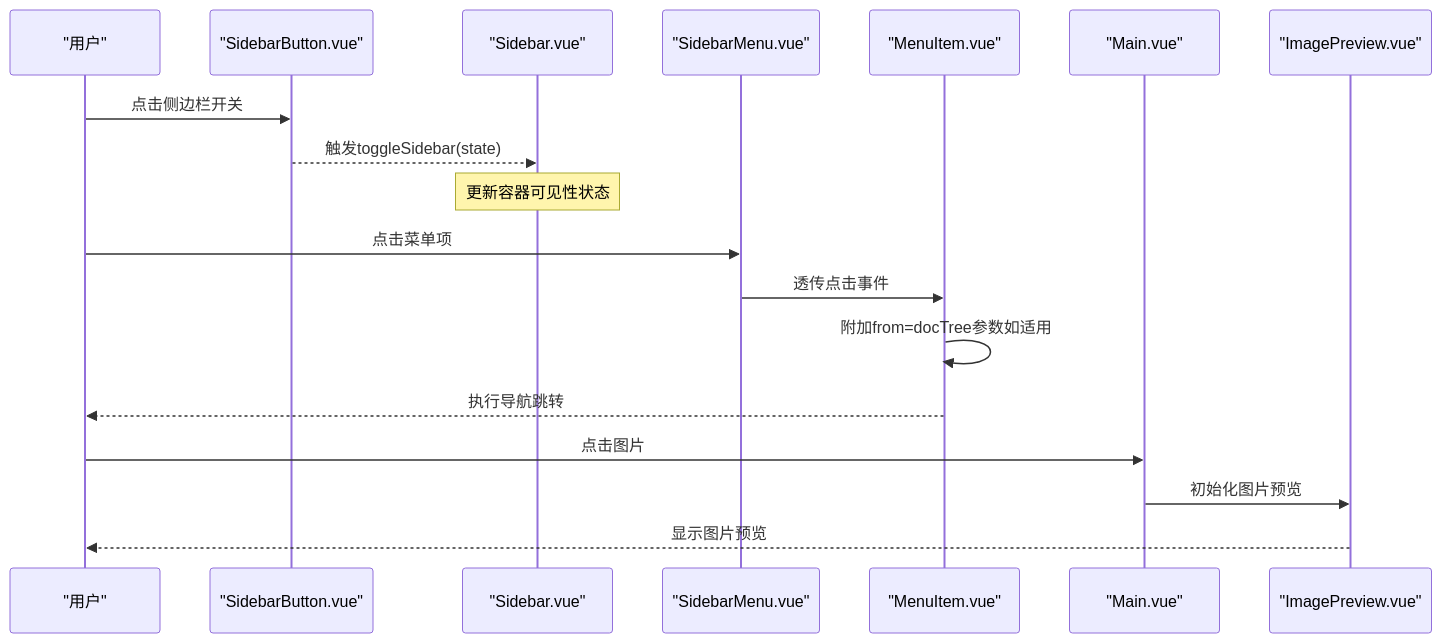
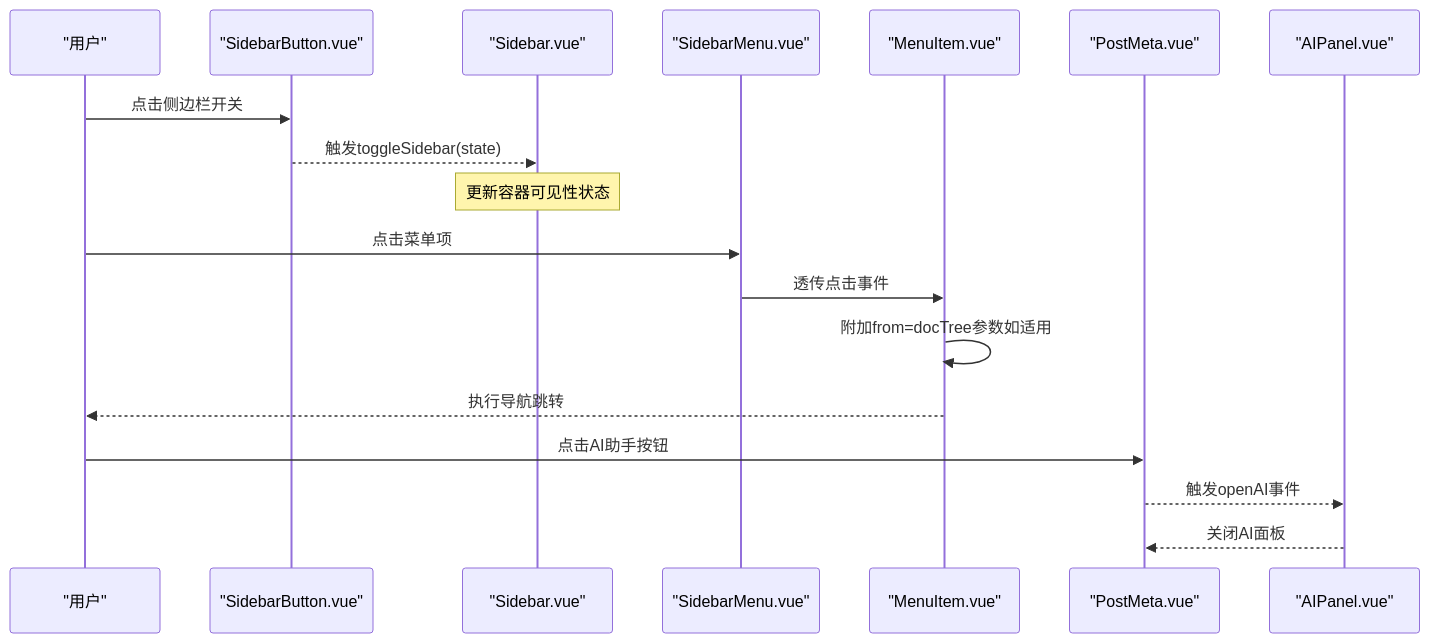
Before and after one commit to terwer/siyuan-plugin-blog: the second of 8 diagrams in .qoder/repowiki/zh/content/核心功能/UI 组件系统/内容组件.md, drawn with Mermaid. The commit also changed other lines of this file and 31 other files, not shown here.

````diff
--- a/.qoder/repowiki/zh/content/核心功能/UI 组件系统/内容组件.md
+++ b/.qoder/repowiki/zh/content/核心功能/UI 组件系统/内容组件.md
@@ -119,20 +127,20 @@
 ```mermaid
 sequenceDiagram
 participant U as "用户"
 participant SB as "SidebarButton.vue"
 participant S as "Sidebar.vue"
 participant SM as "SidebarMenu.vue"
 participant MI as "MenuItem.vue"
-participant M as "Main.vue"
-participant IP as "ImagePreview.vue"
+participant PM as "PostMeta.vue"
+participant AIP as "AIPanel.vue"
 U->>SB : 点击侧边栏开关
 SB-->>S : 触发toggleSidebar(state)
 Note over S : 更新容器可见性状态
 U->>SM : 点击菜单项
 SM->>MI : 透传点击事件
 MI->>MI : 附加from=docTree参数如适用
 MI-->>U : 执行导航跳转
-U->>M : 点击图片
-M->>IP : 初始化图片预览
-IP-->>U : 显示图片预览
+U->>PM : 点击AI助手按钮
+PM-->>AIP : 触发openAI事件
+AIP-->>PM : 关闭AI面板
 ```
````
